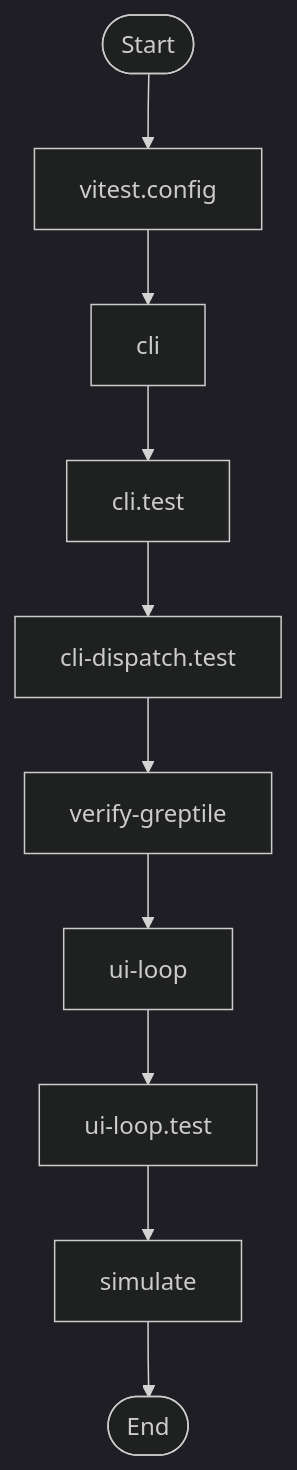
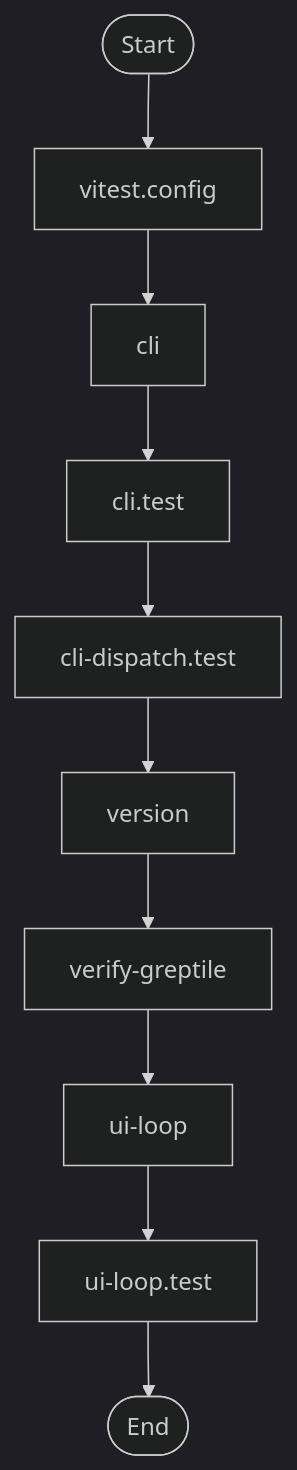
Before and after one commit to jscraik/coding-harness: the seventh of 10 diagrams in AI/context/diagram-context.md, drawn with Mermaid (dark theme). The commit also changed other lines of this file and 9 other files, not shown here.

Commit message:
chore(diagrams): auto-refresh architecture diagrams

````diff
--- a/AI/context/diagram-context.md
+++ b/AI/context/diagram-context.md
@@ -509,22 +506,22 @@
 ```mermaid
 flowchart TD
   Start(["Start"])
   vitest_config_a9f1245e["vitest.config"]
   Start --> vitest_config_a9f1245e
   cli_99bb8840["cli"]
   vitest_config_a9f1245e --> cli_99bb8840
   cli_test_4851f28b["cli.test"]
   cli_99bb8840 --> cli_test_4851f28b
   cli_dispatch_test_54c9f17b["cli-dispatch.test"]
   cli_test_4851f28b --> cli_dispatch_test_54c9f17b
+  version_5ca4f385["version"]
+  cli_dispatch_test_54c9f17b --> version_5ca4f385
   verify_greptile_227190f7["verify-greptile"]
-  cli_dispatch_test_54c9f17b --> verify_greptile_227190f7
+  version_5ca4f385 --> verify_greptile_227190f7
   ui_loop_11660889["ui-loop"]
   verify_greptile_227190f7 --> ui_loop_11660889
   ui_loop_test_f0eabc42["ui-loop.test"]
   ui_loop_11660889 --> ui_loop_test_f0eabc42
-  simulate_b9efe395["simulate"]
-  ui_loop_test_f0eabc42 --> simulate_b9efe395
   End(["End"])
-  simulate_b9efe395 --> End
+  ui_loop_test_f0eabc42 --> End
 ```
````
